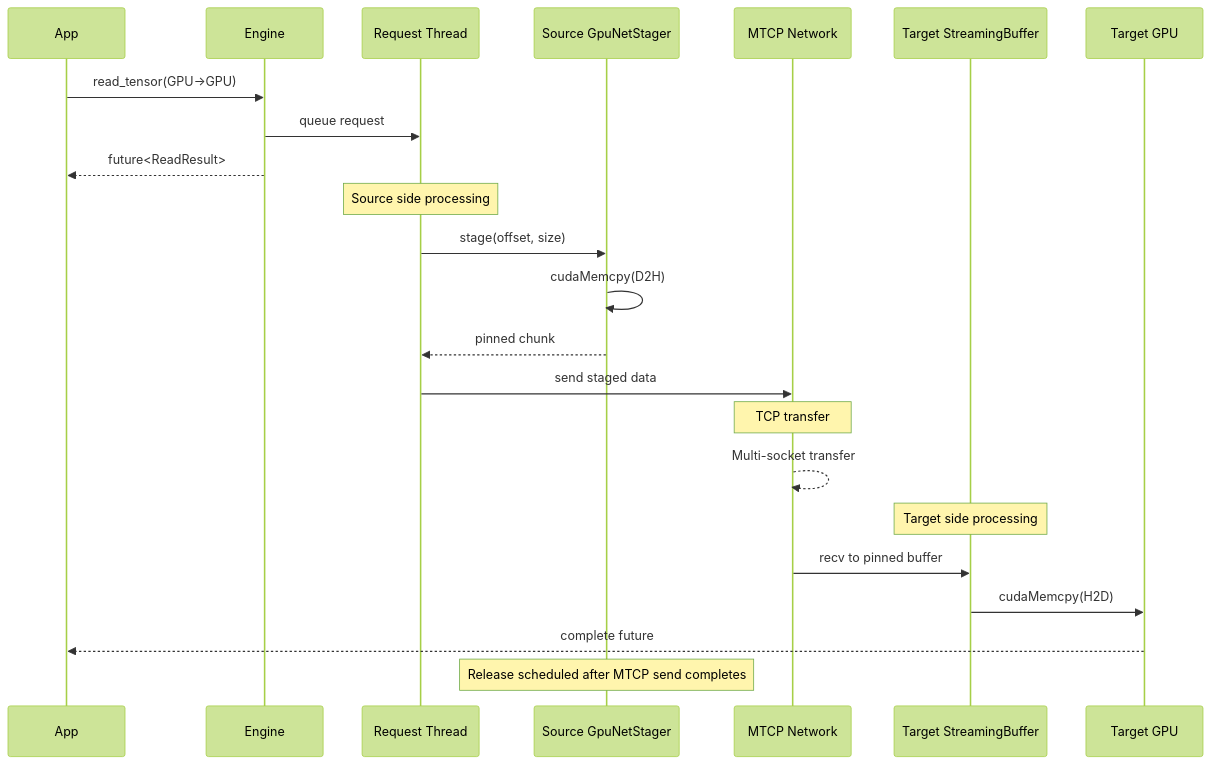
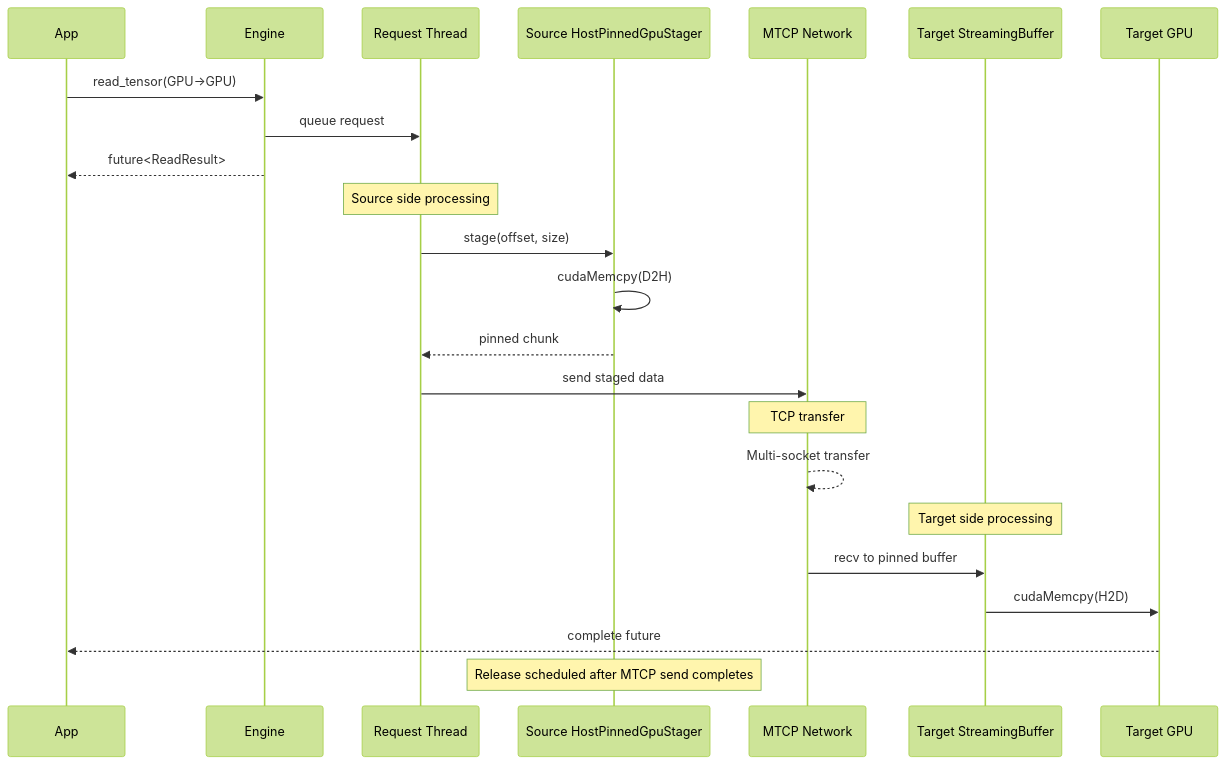
One commit to tensorcast-ai/tensorcast changed the tenth of 13 diagrams in core/communicator/README.md. Above: the diagram before and after it, drawn with Mermaid (forest theme). The commit also changed other lines of this file and 41 other files, not shown here.

````diff
--- a/core/communicator/README.md
+++ b/core/communicator/README.md
@@ -490,30 +548,30 @@
 ```mermaid
 sequenceDiagram
   participant App
   participant Engine
   participant ReqThread as Request Thread
-  participant SrcStager as Source GpuNetStager
+  participant SrcStager as Source HostPinnedGpuStager
   participant Network as MTCP Network
   participant TgtBuffer as Target StreamingBuffer
   participant GPU as Target GPU
 
   App->>Engine: read_tensor(GPU→GPU)
   Engine->>ReqThread: queue request
   Engine-->>App: future<ReadResult>
 
   Note over ReqThread: Source side processing
   ReqThread->>SrcStager: stage(offset, size)
   SrcStager->>SrcStager: cudaMemcpy(D2H)
   SrcStager-->>ReqThread: pinned chunk
   ReqThread->>Network: send staged data
 
   Note over Network: TCP transfer
   Network-->>Network: Multi-socket transfer
 
   Note over TgtBuffer: Target side processing
   Network->>TgtBuffer: recv to pinned buffer
   TgtBuffer->>GPU: cudaMemcpy(H2D)
   GPU-->>App: complete future
 
   Note over SrcStager: Release scheduled after MTCP send completes
 ```
````
